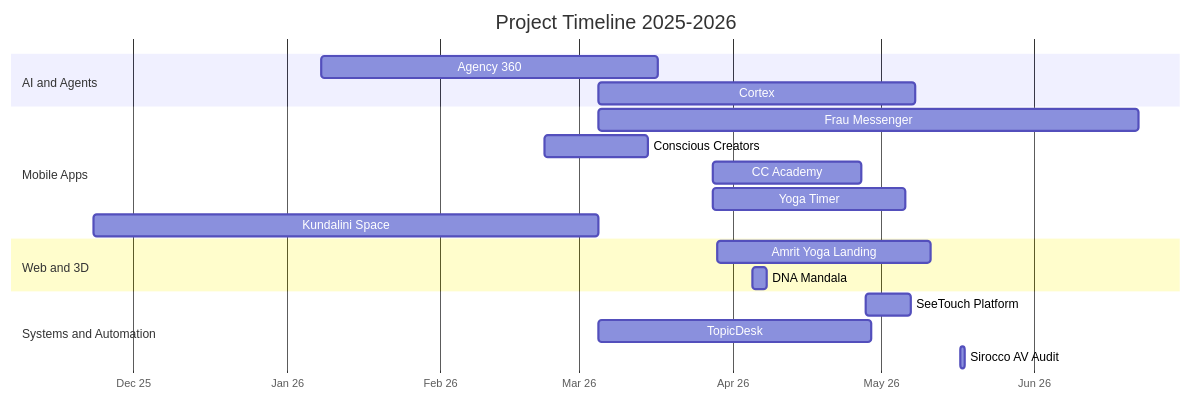
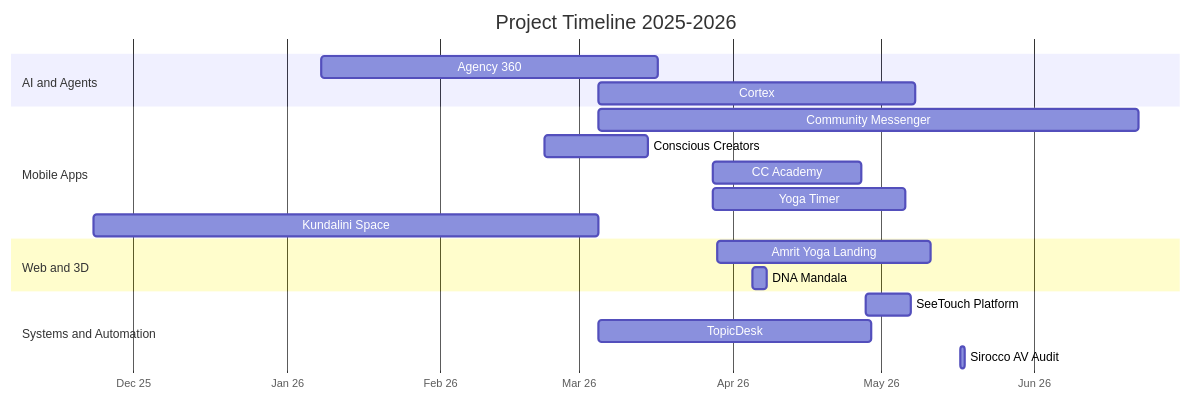
The diagram in README.md (SeeTouch/SeeTouch), drawn with Mermaid before and after one commit. The commit also changed other lines of this file and 3 other files, not shown here.

````diff
--- a/README.md
+++ b/README.md
@@ -68,22 +68,22 @@
 ```mermaid
 gantt
     title Project Timeline 2025-2026
     dateFormat YYYY-MM-DD
     axisFormat %b %y
     section AI and Agents
     Agency 360            :2026-01-08, 2026-03-17
     Cortex                :2026-03-05, 2026-05-08
     section Mobile Apps
-    Frau Messenger        :2026-03-05, 2026-06-22
+    Community Messenger   :2026-03-05, 2026-06-22
     Conscious Creators    :2026-02-22, 2026-03-15
     CC Academy            :2026-03-28, 2026-04-27
     Yoga Timer            :2026-03-28, 2026-05-06
     Kundalini Space       :2025-11-23, 2026-03-05
     section Web and 3D
     Amrit Yoga Landing    :2026-03-29, 2026-05-11
     DNA Mandala           :2026-04-05, 2026-04-08
     section Systems and Automation
     SeeTouch Platform     :2026-04-28, 2026-05-07
     TopicDesk             :2026-03-05, 2026-04-29
     Sirocco AV Audit      :2026-05-17, 2026-05-18
 ```
````
